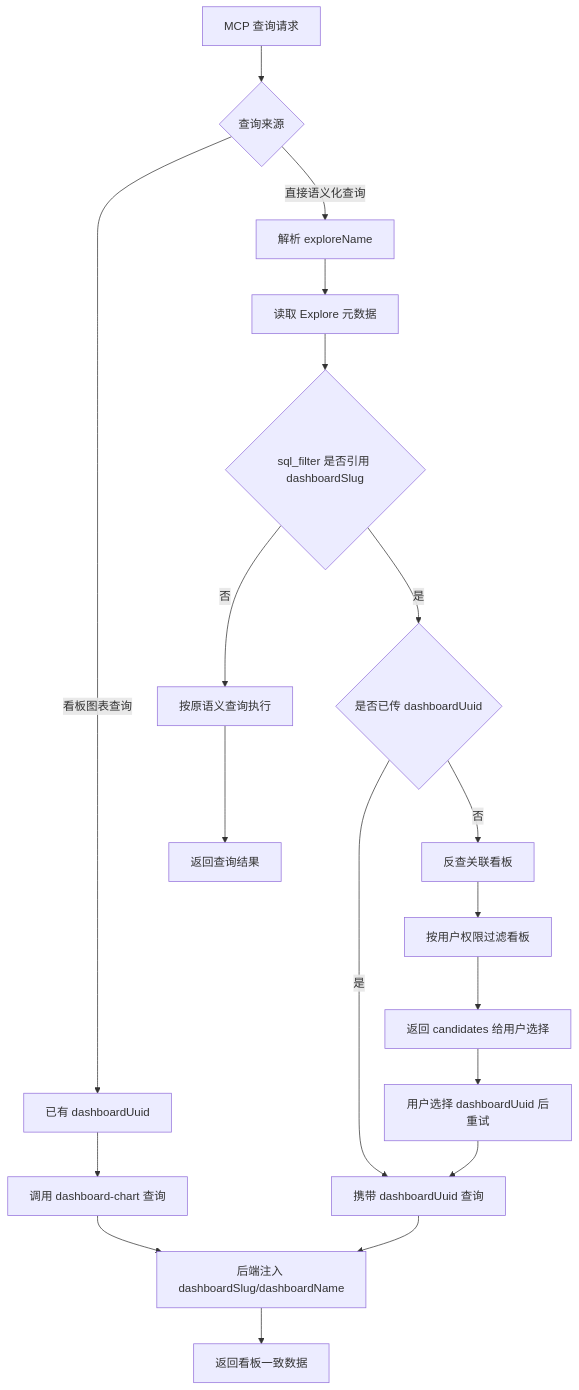
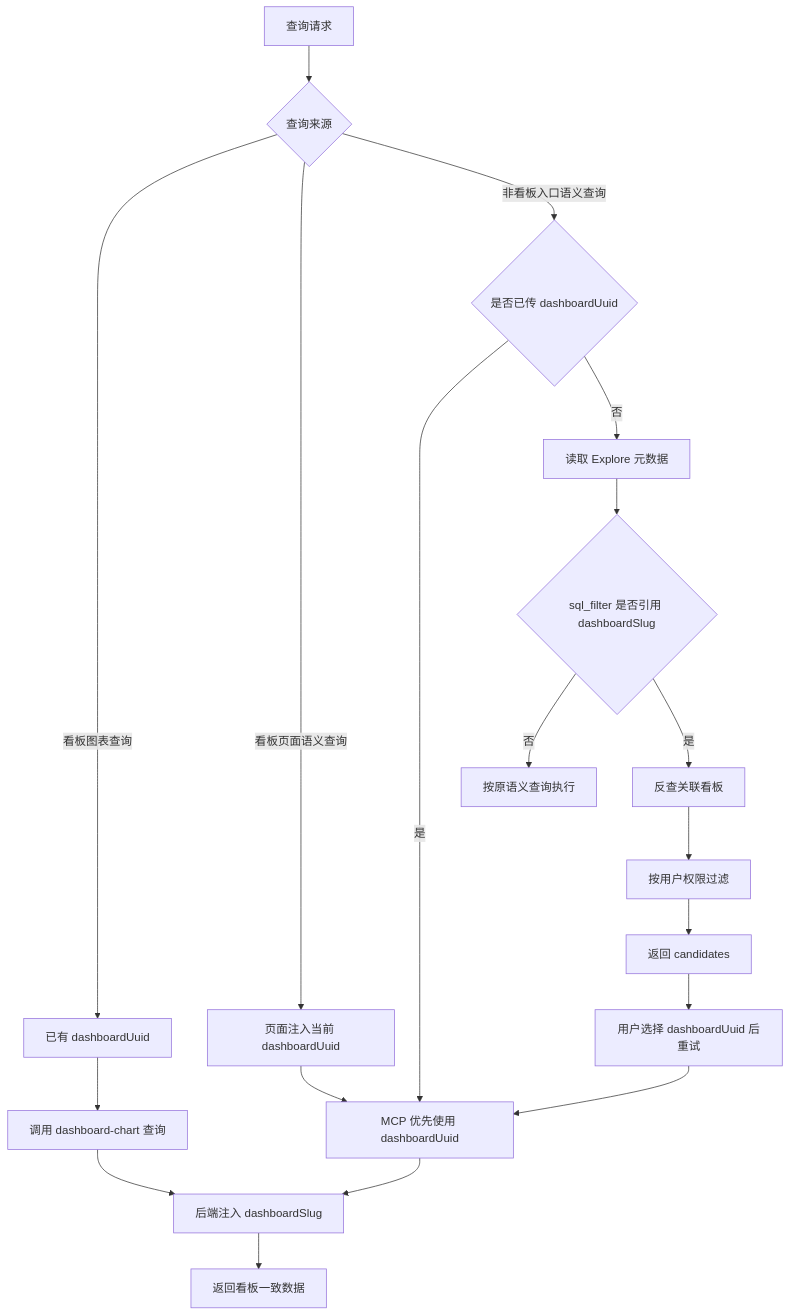
Before and after one commit to winwin-inc/lightdash-i18n: the first of 2 diagrams in docs/mcp-dashboard-context.md, drawn with Mermaid. The commit also changed other lines of this file and 7 other files, not shown here.

Commit message:
feat: 优化看板页面语义查询逻辑，支持直接注入 dashboardUuid

````diff
--- a/docs/mcp-dashboard-context.md
+++ b/docs/mcp-dashboard-context.md
@@ -16,25 +37,24 @@
 ```mermaid
 flowchart TD
-  start["MCP 查询请求"] --> queryType{"查询来源"}
+  start["查询请求"] --> queryType{"查询来源"}
 
   queryType -->|"看板图表查询"| dashboardTile["已有 dashboardUuid"]
   dashboardTile --> dashboardChart["调用 dashboard-chart 查询"]
-  dashboardChart --> withSlug["后端注入 dashboardSlug/dashboardName"]
+  dashboardChart --> withSlug["后端注入 dashboardSlug"]
   withSlug --> resultOk["返回看板一致数据"]
 
-  queryType -->|"直接语义化查询"| semantic["解析 exploreName"]
-  semantic --> getExplore["读取 Explore 元数据"]
+  queryType -->|"看板页面语义查询"| pageInject["页面注入当前 dashboardUuid"]
+  pageInject --> mcpUseUuid["MCP 优先使用 dashboardUuid"]
+  mcpUseUuid --> withSlug
+
+  queryType -->|"非看板入口语义查询"| hasUuid{"是否已传 dashboardUuid"}
+  hasUuid -->|"是"| mcpUseUuid
+  hasUuid -->|"否"| getExplore["读取 Explore 元数据"]
   getExplore --> hasFilter{"sql_filter 是否引用 dashboardSlug"}
-
   hasFilter -->|"否"| normalQuery["按原语义查询执行"]
-  normalQuery --> normalResult["返回查询结果"]
-
-  hasFilter -->|"是"| hasDashboardUuid{"是否已传 dashboardUuid"}
-  hasDashboardUuid -->|"是"| semanticWithDashboard["携带 dashboardUuid 查询"]
-  semanticWithDashboard --> withSlug
-  hasDashboardUuid -->|"否"| findDashboards["反查关联看板"]
-  findDashboards --> permissionFilter["按用户权限过滤看板"]
-  permissionFilter --> chooseDashboard["返回 candidates 给用户选择"]
+  hasFilter -->|"是"| findDashboards["反查关联看板"]
+  findDashboards --> permissionFilter["按用户权限过滤"]
+  permissionFilter --> chooseDashboard["返回 candidates"]
   chooseDashboard --> retry["用户选择 dashboardUuid 后重试"]
-  retry --> semanticWithDashboard
+  retry --> mcpUseUuid
 ```
````
